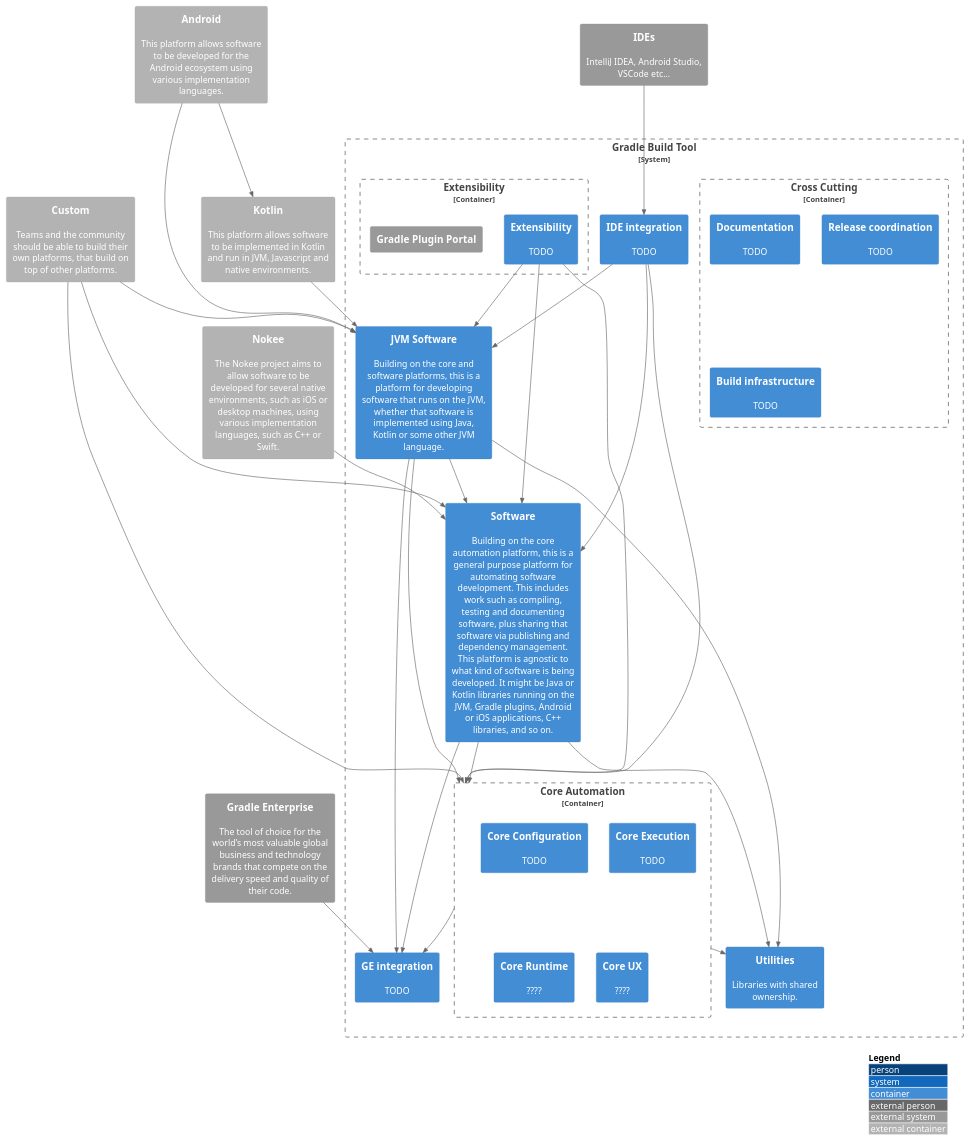
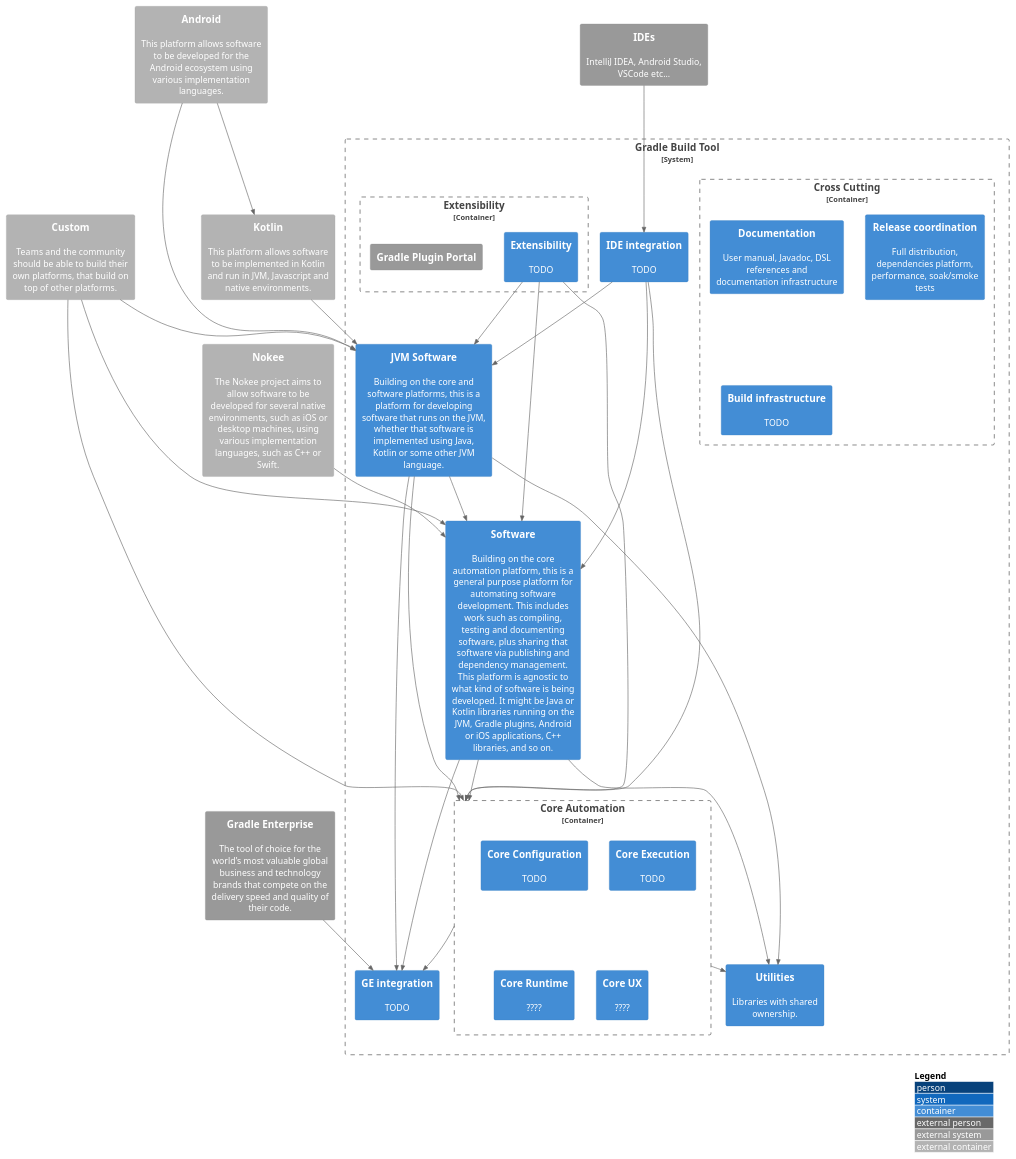
One commit to eskatos/gradle-platforms-diagrams changed the diagram in src/plantuml/gbt_container.puml. Above: the diagram before and after it, drawn with PlantUML.

Commit message:
descriptions

```diff
--- a/src/plantuml/gbt_container.puml
+++ b/src/plantuml/gbt_container.puml
@@ -1,75 +1,78 @@
 @startuml
 !include ../c4/C4_Container.puml
 
 LAYOUT_WITH_LEGEND()
 
 System_Ext(ge, "Gradle Enterprise", "The tool of choice for the world’s most valuable global business and technology brands that compete on the delivery speed and quality of their code.")
 
 System_Ext(ide, IDEs, "IntelliJ IDEA, Android Studio, VSCode etc...")
 
 System_Boundary(gbt, "Gradle Build Tool") {
 
     Container_Boundary(cross, Cross Cutting) {
-        Container(doc, Documentation,,"TODO")
-        Container(release, Release coordination,,"TODO")
+
+        Container(doc, Documentation,,"User manual, Javadoc, DSL references and documentation infrastructure")
+
+        Container(release, Release coordination,,"Full distribution, dependencies platform, performance, soak/smoke tests")
+
         Container(build_infra, Build infrastructure,,"TODO")
     }
 
     Container(ge_integration, GE integration,,"TODO")
     Container(ide_integration, IDE integration,,"TODO")
 
     Container_Boundary(ext, Extensibility) {
         Container(extensibility, Extensibility,,"TODO")
         System_Ext(portal, Gradle Plugin Portal)
     }
 
     Container(utils, Utilities,,"Libraries with shared ownership.")
 
     Container(software_jvm, JVM Software,, "Building on the core and software platforms, this is a platform for developing software that runs on the JVM, whether that software is implemented using Java, Kotlin or some other JVM language.")
 
     Container(software, Software,, "Building on the core automation platform, this is a general purpose platform for automating software development. This includes work such as compiling, testing and documenting software, plus sharing that software via publishing and dependency management. This platform is agnostic to what kind of software is being developed. It might be Java or Kotlin libraries running on the JVM, Gradle plugins, Android or iOS applications, C++ libraries, and so on.")
 
     Container_Boundary(core, Core Automation) {
         Container(core_config, Core Configuration,,"TODO")
         Container(core_exec, Core Execution,,"TODO")
         Container(core_runtime, Core Runtime,,"????")
         Container(core_ux, Core UX,,"????")
     }
 }
 
 Container_Ext(kotlin, Kotlin,, "This platform allows software to be implemented in Kotlin and run in JVM, Javascript and native environments.")
 Container_Ext(android, Android,, "This platform allows software to be developed for the Android ecosystem using various implementation languages.")
 Container_Ext(nokee, Nokee,, "The Nokee project aims to allow software to be developed for several native environments, such as iOS or desktop machines, using various implementation languages, such as C++ or Swift.")
 Container_Ext(custom, Custom,, "Teams and the community should be able to build their own platforms, that build on top of other platforms.")
 
 Rel(software,core,)
 Rel(software_jvm, software,)
 Rel(software_jvm, core,)
 
 Rel(core,ge_integration,)
 Rel(software,ge_integration,)
 Rel(software_jvm,ge_integration,)
 Rel(ge,ge_integration,)
 
 Rel(ide,ide_integration,)
 Rel(ide_integration,core,)
 Rel(ide_integration,software,)
 Rel(ide_integration,software_jvm,)
 
 Rel(extensibility,core,)
 Rel(extensibility,software,)
 Rel(extensibility,software_jvm,)
 
 Rel(core,utils,)
 Rel(software,utils,)
 Rel(software_jvm,utils,)
 
 Rel(kotlin,software_jvm,)
 Rel(android,kotlin,)
 Rel(android,software_jvm,)
 Rel(nokee,software,)
 Rel(custom,software_jvm,)
 Rel(custom,software,)
 Rel(custom,core,)
 
 @enduml
```
